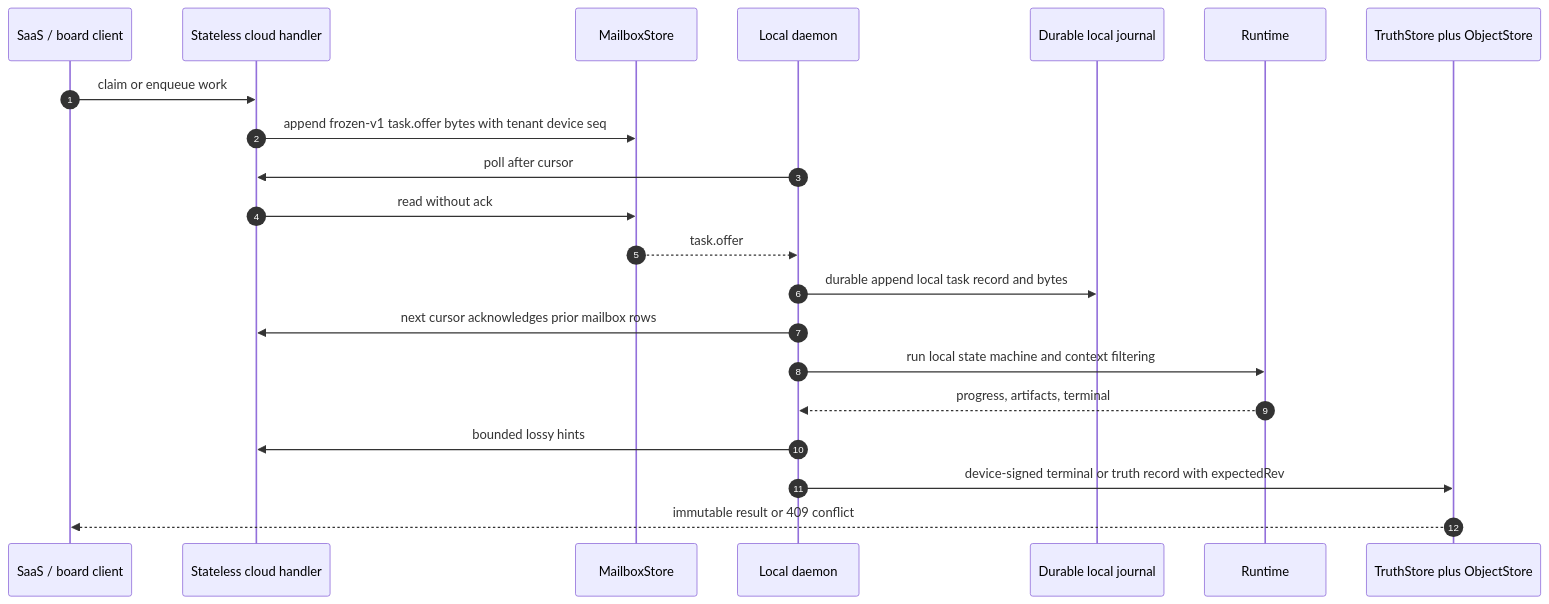
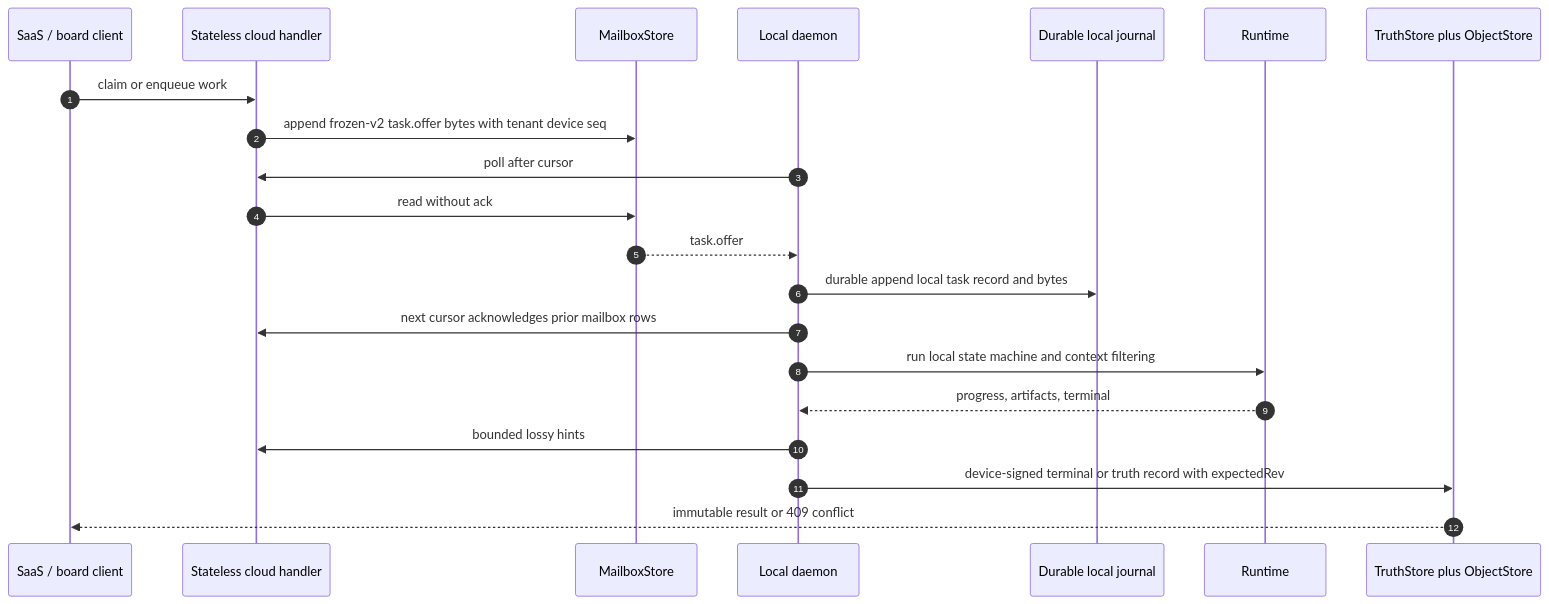
One commit to Ancienttwo/byok-sdk changed diagram 18 of 22 in docs/architecture/sdk-architecture.md. Above: the diagram before and after it, drawn with Mermaid. The commit also changed other lines of this file and 14 other files, not shown here.

````diff
--- a/docs/architecture/sdk-architecture.md
+++ b/docs/architecture/sdk-architecture.md
@@ -1233,24 +1233,24 @@
 ```mermaid
 sequenceDiagram
   autonumber
   participant SaaS as SaaS / board client
   participant Cloud as Stateless cloud handler
   participant Mail as MailboxStore
   participant D as Local daemon
   participant J as Durable local journal
   participant R as Runtime
   participant T as TruthStore plus ObjectStore
 
   SaaS->>Cloud: claim or enqueue work
-  Cloud->>Mail: append frozen-v1 task.offer bytes with tenant device seq
+  Cloud->>Mail: append frozen-v2 task.offer bytes with tenant device seq
   D->>Cloud: poll after cursor
   Cloud->>Mail: read without ack
   Mail-->>D: task.offer
   D->>J: durable append local task record and bytes
   D->>Cloud: next cursor acknowledges prior mailbox rows
   D->>R: run local state machine and context filtering
   R-->>D: progress, artifacts, terminal
   D->>Cloud: bounded lossy hints
   D->>T: device-signed terminal or truth record with expectedRev
   T-->>SaaS: immutable result or 409 conflict
 ```
````
